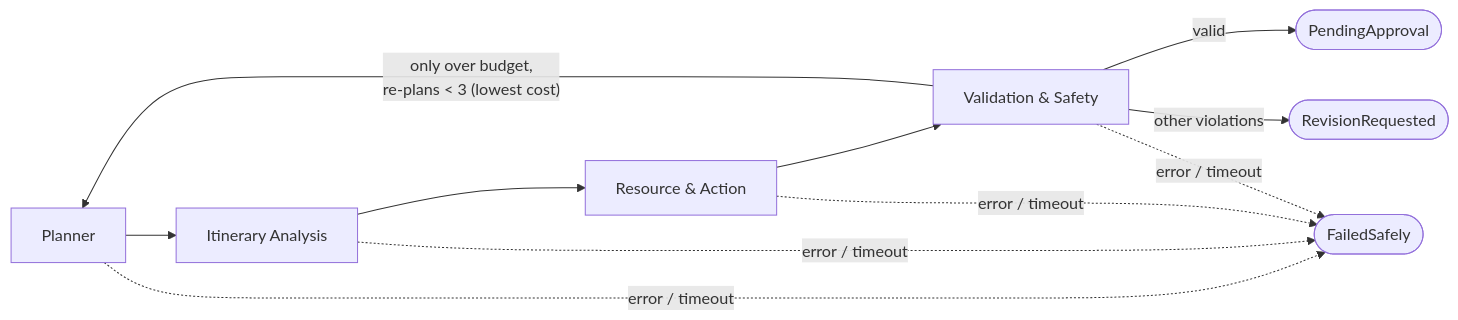
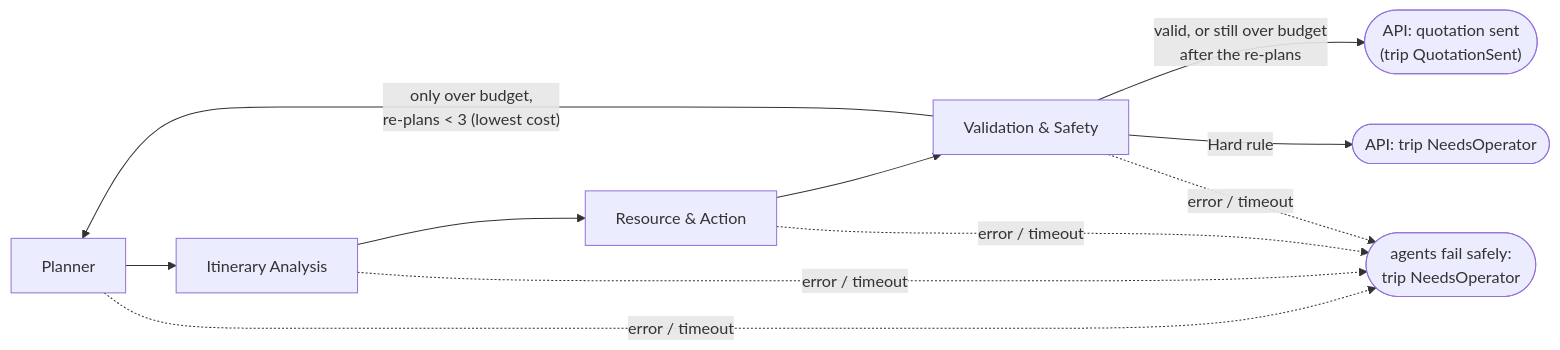
One commit to IT24103817/TripCraft changed the second of 2 diagrams in README.md. Above: the diagram before and after it, drawn with Mermaid. The commit also changed other lines of this file and 42 other files, not shown here.

````diff
--- a/README.md
+++ b/README.md
@@ -171,8 +171,8 @@
 ```mermaid
 flowchart LR
     P["Planner"] --> I["Itinerary Analysis"] --> R["Resource & Action"] --> V["Validation & Safety"]
     V -- "only over budget,<br/>re-plans < 3 (lowest cost)" --> P
-    V -- "valid" --> PA(["PendingApproval"])
-    V -- "other violations" --> RR(["RevisionRequested"])
-    P & I & R & V -. "error / timeout" .-> F(["FailedSafely"])
+    V -- "valid, or still over budget<br/>after the re-plans" --> PA(["API: quotation sent<br/>(trip QuotationSent)"])
+    V -- "Hard rule" --> RR(["API: trip NeedsOperator"])
+    P & I & R & V -. "error / timeout" .-> F(["agents fail safely:<br/>trip NeedsOperator"])
 ```
````
